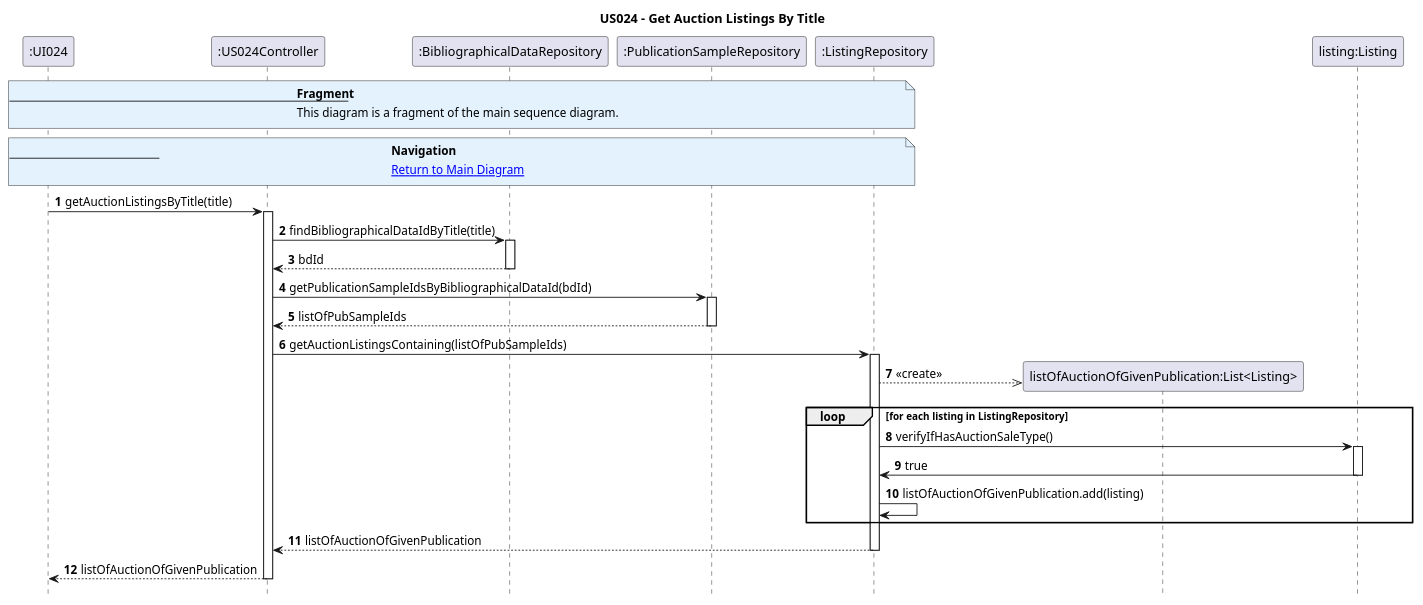
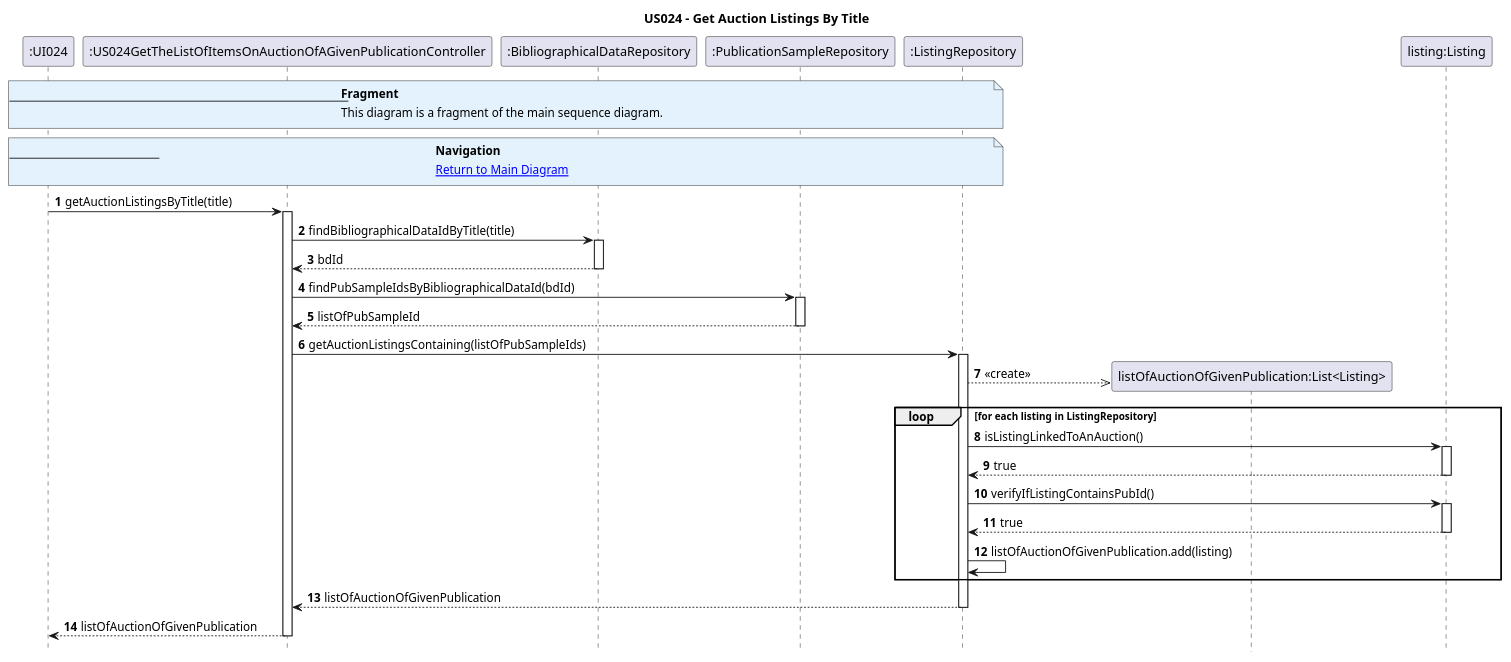
One commit to AndrePereiraGitH/SWitCH-Project-Team_A changed the diagram in Diagrams/SequenceDiagrams/N2/US024_Get_List_Of_Items_Auction_Of_Given_Publication/3. GetAuctionListingsByTitle.puml. Above: the diagram before and after it, drawn with PlantUML. The commit also changed 5 other files, not shown here.

Commit message:
docs #487 (US024): fixes Listing domain method names and add missing verifyIfListingContainsPubId and split main SD into N2 sub-diagrams

```diff
--- a/Diagrams/SequenceDiagrams/N2/US024_Get_List_Of_Items_Auction_Of_Given_Publication/3. GetAuctionListingsByTitle.puml
+++ b/Diagrams/SequenceDiagrams/N2/US024_Get_List_Of_Items_Auction_Of_Given_Publication/3. GetAuctionListingsByTitle.puml
@@ -1,59 +1,63 @@
 @startuml
 hide footbox
 autonumber
 
 title US024 - Get Auction Listings By Title
 
 participant ":UI024" as UI
-participant ":US024Controller" as Ctrl
+participant ":US024GetTheListOfItemsOnAuctionOfAGivenPublicationController" as Ctrl
 participant ":BibliographicalDataRepository" as bdRepo
 participant ":PublicationSampleRepository" as pubSampleRepo
 participant ":ListingRepository" as listingRepo
 participant "listOfAuctionOfGivenPublication:List<Listing>" as aucListing
 participant "listing:Listing" as listing
 
 note over UI, listingRepo #E3F2FD
 <b>Fragment</b>
 ---
 This diagram is a fragment of the main sequence diagram.
 end note
 
 note over UI, listingRepo #E3F2FD
 <b>Navigation</b>
 ---
 [[1.MainDiagram.puml Return to Main Diagram]]
 end note
 
 UI -> Ctrl : getAuctionListingsByTitle(title)
 activate Ctrl
 
-Ctrl -> bdRepo : findBibliographicalDataIdByTitle(title)
+Ctrl -> bdRepo: findBibliographicalDataIdByTitle(title)
 activate bdRepo
-bdRepo --> Ctrl : bdId
+bdRepo --> Ctrl: bdId
 deactivate bdRepo
 
-Ctrl -> pubSampleRepo : getPublicationSampleIdsByBibliographicalDataId(bdId)
+Ctrl -> pubSampleRepo: findPubSampleIdsByBibliographicalDataId(bdId)
 activate pubSampleRepo
-pubSampleRepo --> Ctrl : listOfPubSampleIds
+pubSampleRepo --> Ctrl: listOfPubSampleId
 deactivate pubSampleRepo
 
 Ctrl -> listingRepo : getAuctionListingsContaining(listOfPubSampleIds)
 activate listingRepo
 
 listingRepo -->> aucListing ** : <<create>>
 
 loop for each listing in ListingRepository
-    listingRepo -> listing: verifyIfHasAuctionSaleType()
+    listingRepo -> listing: isListingLinkedToAnAuction()
     activate listing
-    listing -> listingRepo: true
+    listing --> listingRepo: true
+    deactivate listing
+    listingRepo -> listing: verifyIfListingContainsPubId()
+    activate listing
+    listing --> listingRepo: true
     deactivate listing
     listingRepo -> listingRepo: listOfAuctionOfGivenPublication.add(listing)
 end
 
 listingRepo --> Ctrl : listOfAuctionOfGivenPublication
 deactivate listingRepo
 
 Ctrl --> UI : listOfAuctionOfGivenPublication
 deactivate Ctrl
 
 @enduml
```
